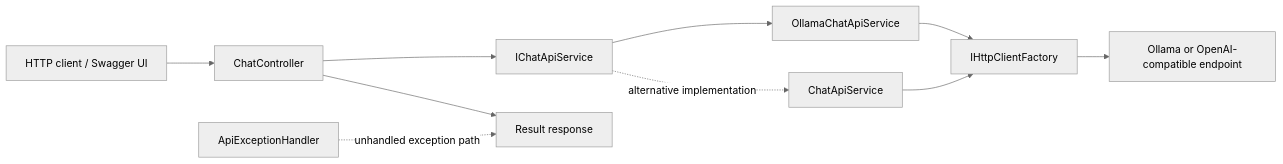
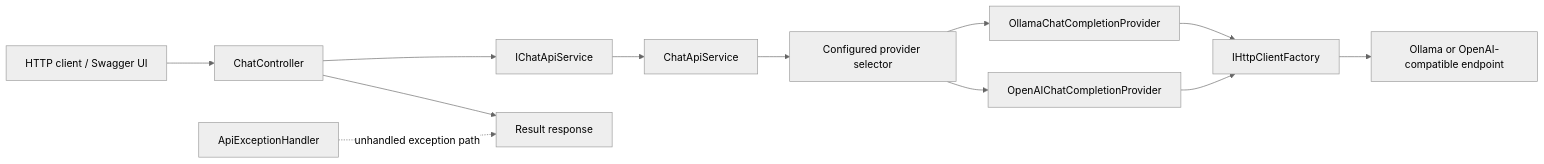
The first of 5 diagrams in docs/architecture.md (vikaskumar117/AIChatApplication), drawn with Mermaid (neutral theme) before and after one commit. The commit also changed other lines of this file and 36 other files, not shown here.

````diff
--- a/docs/architecture.md
+++ b/docs/architecture.md
@@ -26,12 +26,14 @@
 ```mermaid
 flowchart LR
     Client[HTTP client / Swagger UI] --> Controller[ChatController]
     Controller --> Contract[IChatApiService]
-    Contract --> Ollama[OllamaChatApiService]
-    Contract -. alternative implementation .-> OpenAI[ChatApiService]
+    Contract --> Application[ChatApiService]
+    Application --> Selector[Configured provider selector]
+    Selector --> Ollama[OllamaChatCompletionProvider]
+    Selector --> OpenAI[OpenAIChatCompletionProvider]
     Ollama --> HttpClient[IHttpClientFactory]
     OpenAI --> HttpClient
     HttpClient --> Model[Ollama or OpenAI-compatible endpoint]
     Controller --> Result[Result response]
     Middleware[ApiExceptionHandler] -. unhandled exception path .-> Result
 ```
````
